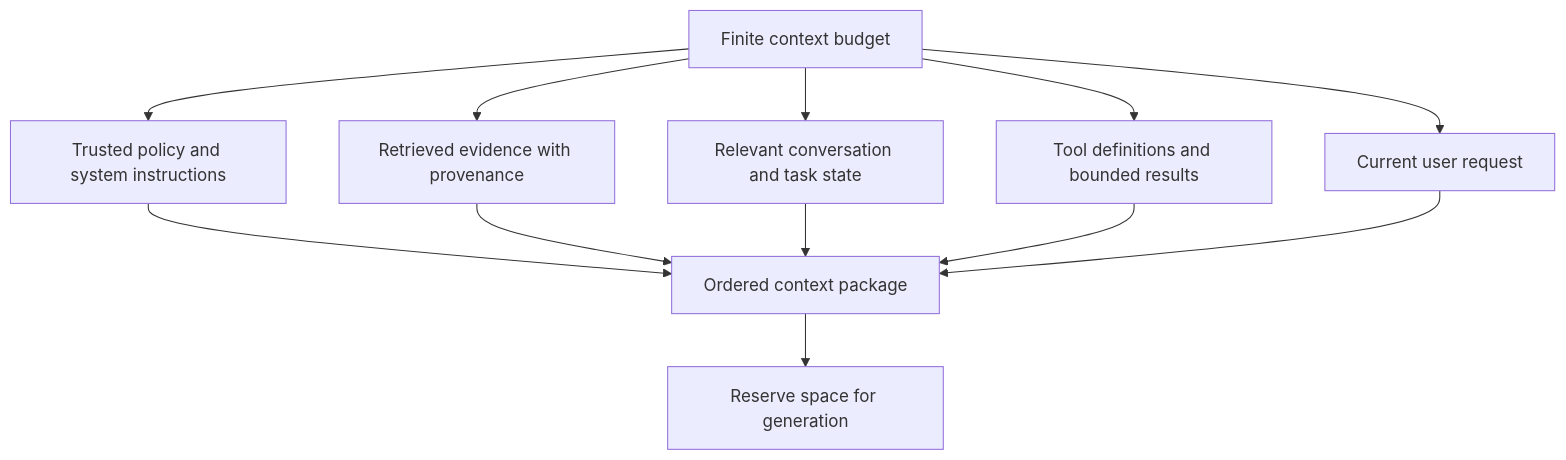
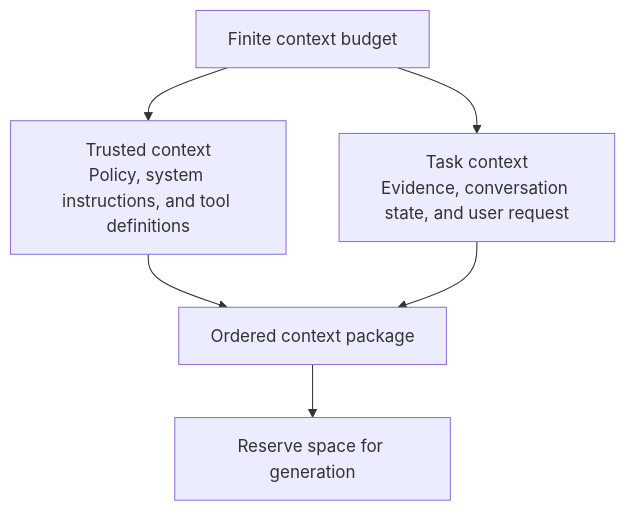
The first of 2 diagrams in 08-generative-ai-systems/README.md (TP-Coder-Innovation-Hub/ai-platform-engineering), drawn with Mermaid before and after one commit.

Commit message:
Compact context budget diagram

````diff
--- a/08-generative-ai-systems/README.md
+++ b/08-generative-ai-systems/README.md
@@ -29,14 +29,8 @@
 ```mermaid
 flowchart TB
-    B[Finite context budget] --> P[Trusted policy and system instructions]
-    B --> E[Retrieved evidence with provenance]
-    B --> H[Relevant conversation and task state]
-    B --> T[Tool definitions and bounded results]
-    B --> U[Current user request]
-    P --> C[Ordered context package]
-    E --> C
-    H --> C
-    T --> C
-    U --> C
-    C --> R[Reserve space for generation]
+    B[Finite context budget] --> T["Trusted context<br/>Policy, system instructions, and tool definitions"]
+    B --> R["Task context<br/>Evidence, conversation state, and user request"]
+    T --> C[Ordered context package]
+    R --> C
+    C --> G[Reserve space for generation]
 ```
````
